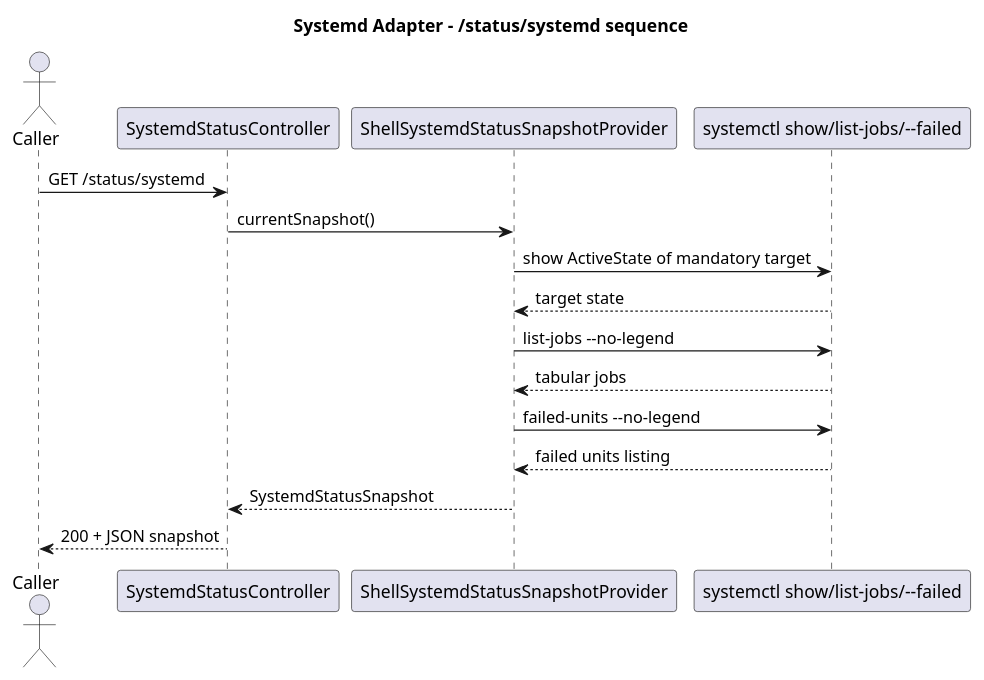
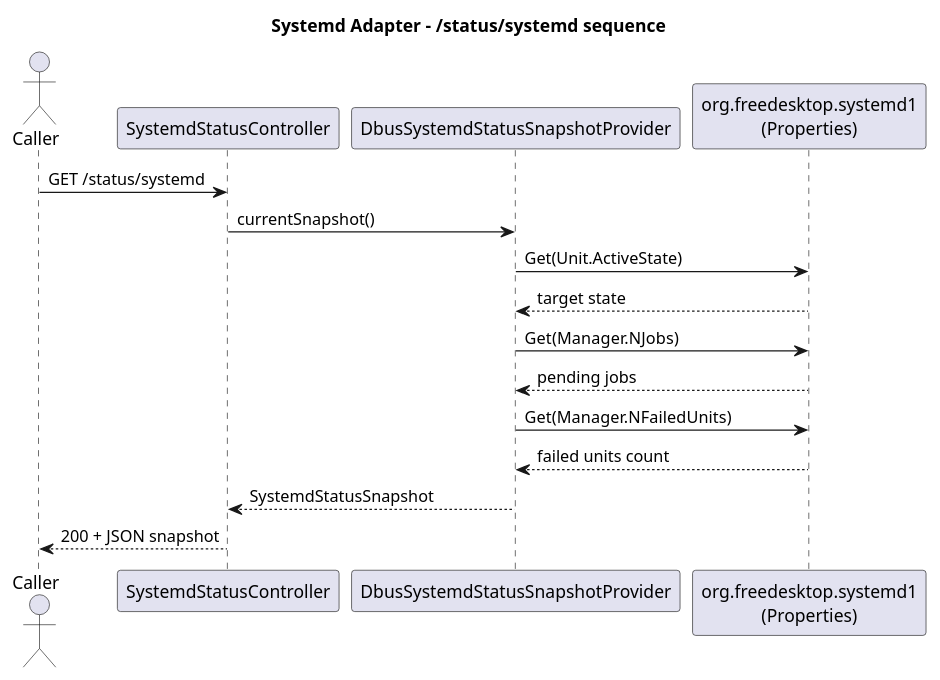
Before and after one commit to nxmatic/rke2lab: the fourth of 4 diagrams in docs/systemd-dbus-adapter-architecture.adoc, drawn with PlantUML. The commit also changed other lines of this file and 21 other files, not shown here.

Commit message:
feat(systemd-adapter): stabilize dbus runtime integration @codebase @copilot

```diff
--- a/docs/systemd-dbus-adapter-architecture.adoc
+++ b/docs/systemd-dbus-adapter-architecture.adoc
@@ -136,28 +136,28 @@
 [plantuml,systemd-adapter-status-sequence,svg]
 ----
 @startuml
 skinparam shadowing false
 
 title Systemd Adapter - /status/systemd sequence
 
 actor Caller
 participant "SystemdStatusController" as Controller
-participant "ShellSystemdStatusSnapshotProvider" as Provider
-participant "systemctl show/list-jobs/--failed" as Systemctl
+participant "DbusSystemdStatusSnapshotProvider" as Provider
+participant "org.freedesktop.systemd1\n(Properties)" as Dbus
 
 Caller -> Controller : GET /status/systemd
 Controller -> Provider : currentSnapshot()
 
-Provider -> Systemctl : show ActiveState of mandatory target
-Systemctl --> Provider : target state
+Provider -> Dbus : Get(Unit.ActiveState)
+Dbus --> Provider : target state
 
-Provider -> Systemctl : list-jobs --no-legend
-Systemctl --> Provider : tabular jobs
+Provider -> Dbus : Get(Manager.NJobs)
+Dbus --> Provider : pending jobs
 
-Provider -> Systemctl : failed-units --no-legend
-Systemctl --> Provider : failed units listing
+Provider -> Dbus : Get(Manager.NFailedUnits)
+Dbus --> Provider : failed units count
 
 Provider --> Controller : SystemdStatusSnapshot
 Controller --> Caller : 200 + JSON snapshot
 @enduml
 ----
```
